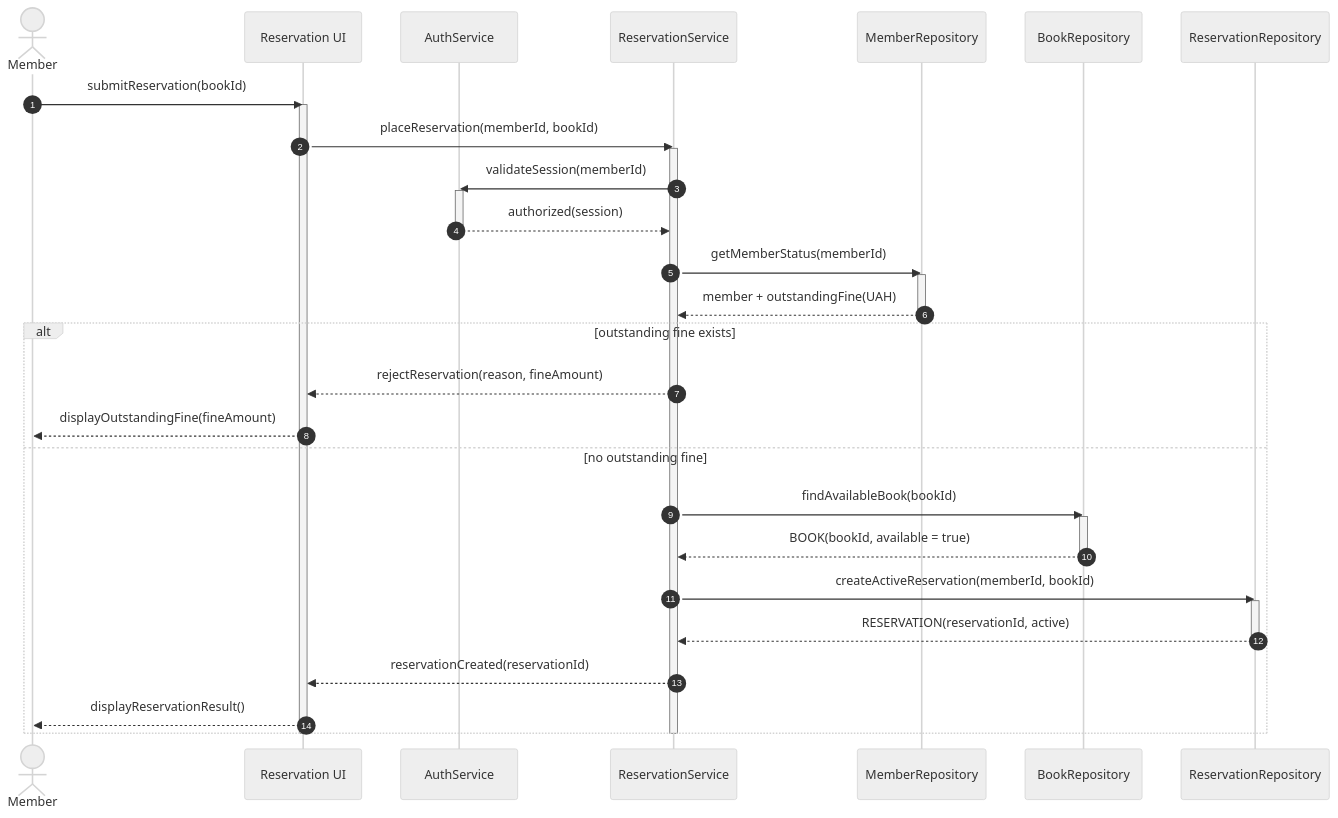
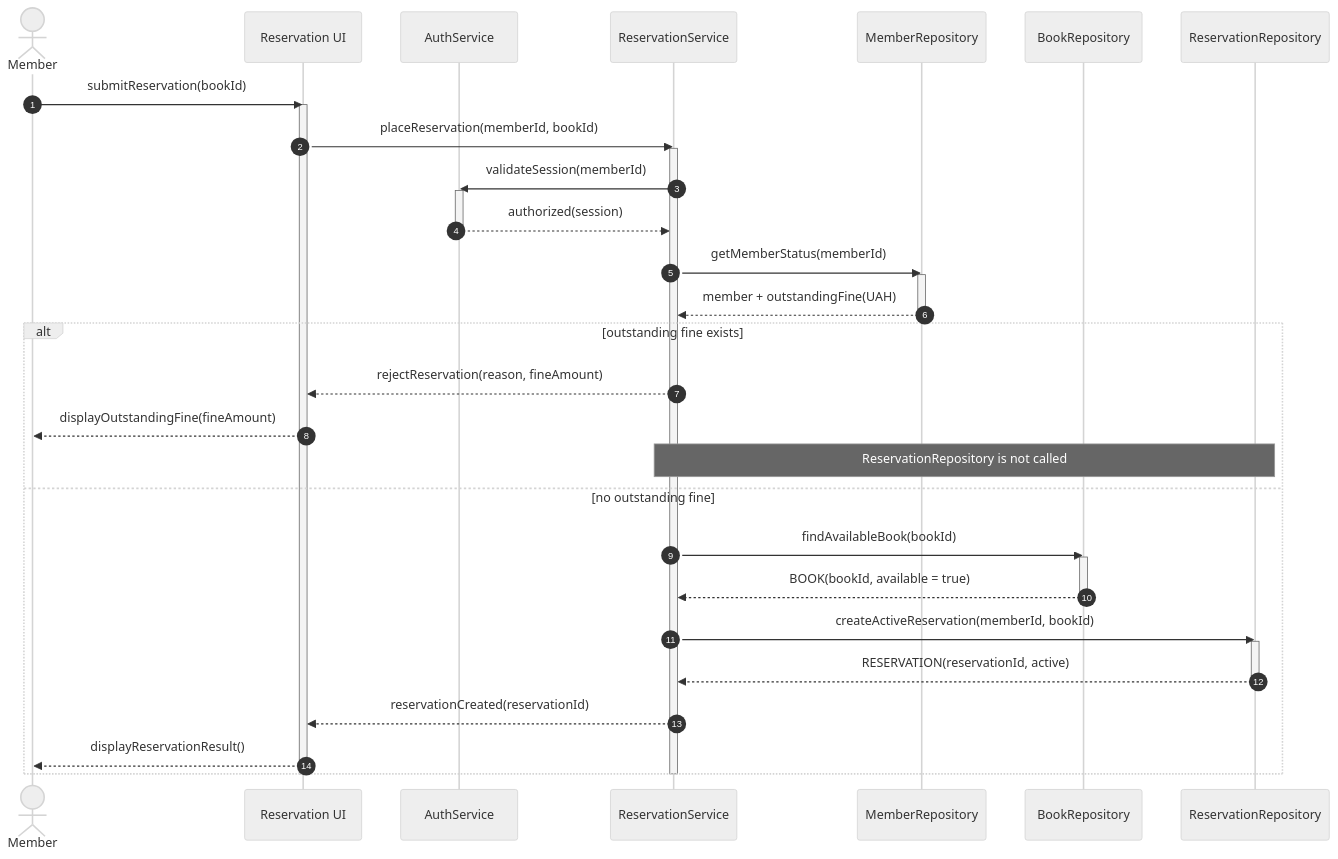
The diagram in lab3/reserve-unpaid-fine.mmd (Mirroxyz/KPI), drawn with Mermaid (neutral theme) before and after one commit. The commit also changed 4 other files, not shown here.

Commit message:
fix(lab3): align sequence diagrams with acceptance criteria

```diff
--- a/lab3/reserve-unpaid-fine.mmd
+++ b/lab3/reserve-unpaid-fine.mmd
@@ -1,40 +1,42 @@
 sequenceDiagram
+    %% Lab 2 scenario 4: Member with an unpaid fine cannot reserve a book
     autonumber
     actor Member
     participant UI as Reservation UI
     participant Auth as AuthService
     participant Service as ReservationService
     participant Members as MemberRepository
     participant Books as BookRepository
     participant Reservations as ReservationRepository
 
     Member->>UI: submitReservation(bookId)
     activate UI
     UI->>Service: placeReservation(memberId, bookId)
     activate Service
     Service->>Auth: validateSession(memberId)
     activate Auth
     Auth-->>Service: authorized(session)
     deactivate Auth
     Service->>Members: getMemberStatus(memberId)
     activate Members
     Members-->>Service: member + outstandingFine(UAH)
     deactivate Members
 
     alt outstanding fine exists
         Service-->>UI: rejectReservation(reason, fineAmount)
         UI-->>Member: displayOutstandingFine(fineAmount)
+        Note over Service,Reservations: ReservationRepository is not called
     else no outstanding fine
         Service->>Books: findAvailableBook(bookId)
         activate Books
         Books-->>Service: BOOK(bookId, available = true)
         deactivate Books
         Service->>Reservations: createActiveReservation(memberId, bookId)
         activate Reservations
         Reservations-->>Service: RESERVATION(reservationId, active)
         deactivate Reservations
         Service-->>UI: reservationCreated(reservationId)
         UI-->>Member: displayReservationResult()
     end
     deactivate Service
     deactivate UI
```
